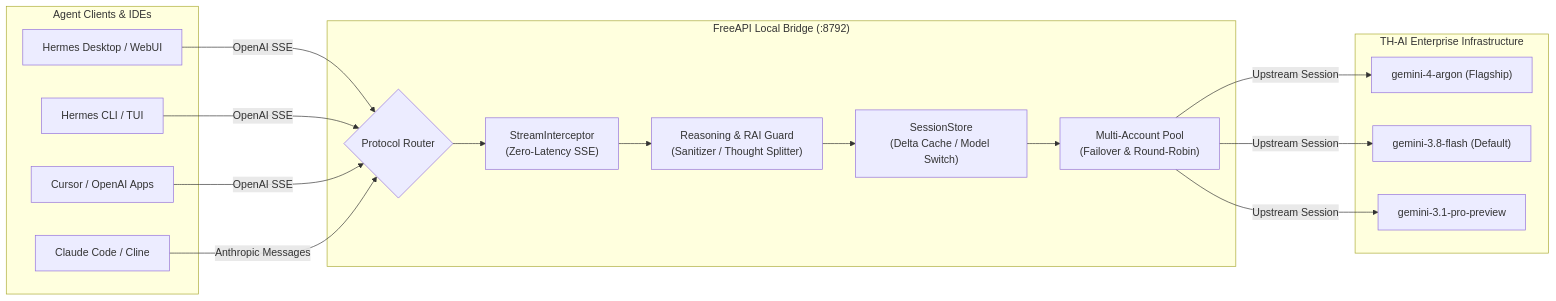
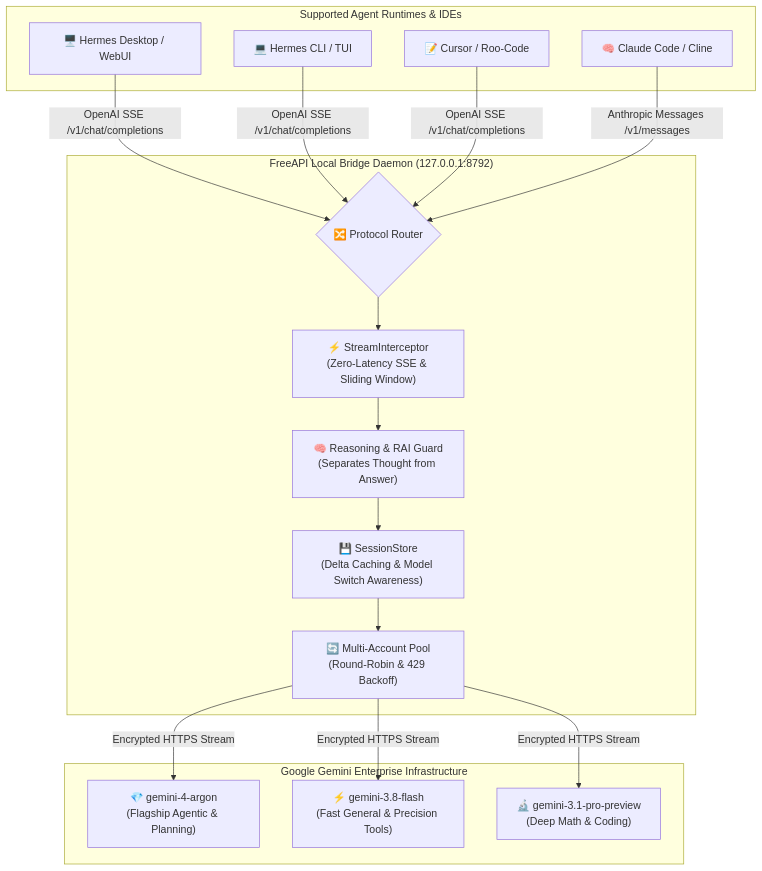
One commit to newbiexM/FreeAPI-TH-AI-Gemini-Enterprise changed the diagram in README.md. Above: the diagram before and after it, drawn with Mermaid. The commit also changed other lines of this file and 4 other files, not shown here.

````diff
--- a/README.md
+++ b/README.md
@@ -32,37 +35,37 @@
 ```mermaid
-flowchart LR
-    subgraph Clients["Agent Clients & IDEs"]
-        H_DESK["Hermes Desktop / WebUI"]
-        H_CLI["Hermes CLI / TUI"]
-        CLAUDE["Claude Code / Cline"]
-        CURSOR["Cursor / OpenAI Apps"]
+flowchart TD
+    subgraph Clients["Supported Agent Runtimes & IDEs"]
+        H_DESK["🖥️ Hermes Desktop / WebUI"]
+        H_CLI["💻 Hermes CLI / TUI"]
+        CLAUDE["🧠 Claude Code / Cline"]
+        CURSOR["📝 Cursor / Roo-Code"]
     end
 
-    subgraph Bridge["FreeAPI Local Bridge (:8792)"]
-        ROUTER{"Protocol Router"}
-        INTERCEPT["StreamInterceptor<br/>(Zero-Latency SSE)"]
-        COT_GUARD["Reasoning & RAI Guard<br/>(Sanitizer / Thought Splitter)"]
-        SESS_MGR["SessionStore<br/>(Delta Cache / Model Switch)"]
-        ACC_POOL["Multi-Account Pool<br/>(Failover & Round-Robin)"]
+    subgraph Bridge["FreeAPI Local Bridge Daemon (127.0.0.1:8792)"]
+        ROUTER{"🔀 Protocol Router"}
+        INTERCEPT["⚡ StreamInterceptor<br/>(Zero-Latency SSE & Sliding Window)"]
+        COT_GUARD["🧠 Reasoning & RAI Guard<br/>(Separates Thought from Answer)"]
+        SESS_MGR["💾 SessionStore<br/>(Delta Caching & Model Switch Awareness)"]
+        ACC_POOL["🔄 Multi-Account Pool<br/>(Round-Robin & 429 Backoff)"]
     end
 
-    subgraph Upstream["TH-AI Enterprise Infrastructure"]
-        GEMINI_ARGON["gemini-4-argon (Flagship)"]
-        GEMINI_FLASH["gemini-3.8-flash (Default)"]
-        GEMINI_PRO["gemini-3.1-pro-preview"]
+    subgraph Upstream["Google Gemini Enterprise Infrastructure"]
+        GEMINI_ARGON["💎 gemini-4-argon<br/>(Flagship Agentic & Planning)"]
+        GEMINI_FLASH["⚡ gemini-3.8-flash<br/>(Fast General & Precision Tools)"]
+        GEMINI_PRO["🔬 gemini-3.1-pro-preview<br/>(Deep Math & Coding)"]
     end
 
-    H_DESK -->|OpenAI SSE| ROUTER
-    H_CLI -->|OpenAI SSE| ROUTER
-    CURSOR -->|OpenAI SSE| ROUTER
-    CLAUDE -->|Anthropic Messages| ROUTER
+    H_DESK -->|OpenAI SSE /v1/chat/completions| ROUTER
+    H_CLI -->|OpenAI SSE /v1/chat/completions| ROUTER
+    CURSOR -->|OpenAI SSE /v1/chat/completions| ROUTER
+    CLAUDE -->|Anthropic Messages /v1/messages| ROUTER
 
     ROUTER --> INTERCEPT
     INTERCEPT --> COT_GUARD
     COT_GUARD --> SESS_MGR
     SESS_MGR --> ACC_POOL
 
-    ACC_POOL -->|Upstream Session| GEMINI_ARGON
-    ACC_POOL -->|Upstream Session| GEMINI_FLASH
-    ACC_POOL -->|Upstream Session| GEMINI_PRO
+    ACC_POOL -->|Encrypted HTTPS Stream| GEMINI_ARGON
+    ACC_POOL -->|Encrypted HTTPS Stream| GEMINI_FLASH
+    ACC_POOL -->|Encrypted HTTPS Stream| GEMINI_PRO
 ```
````
